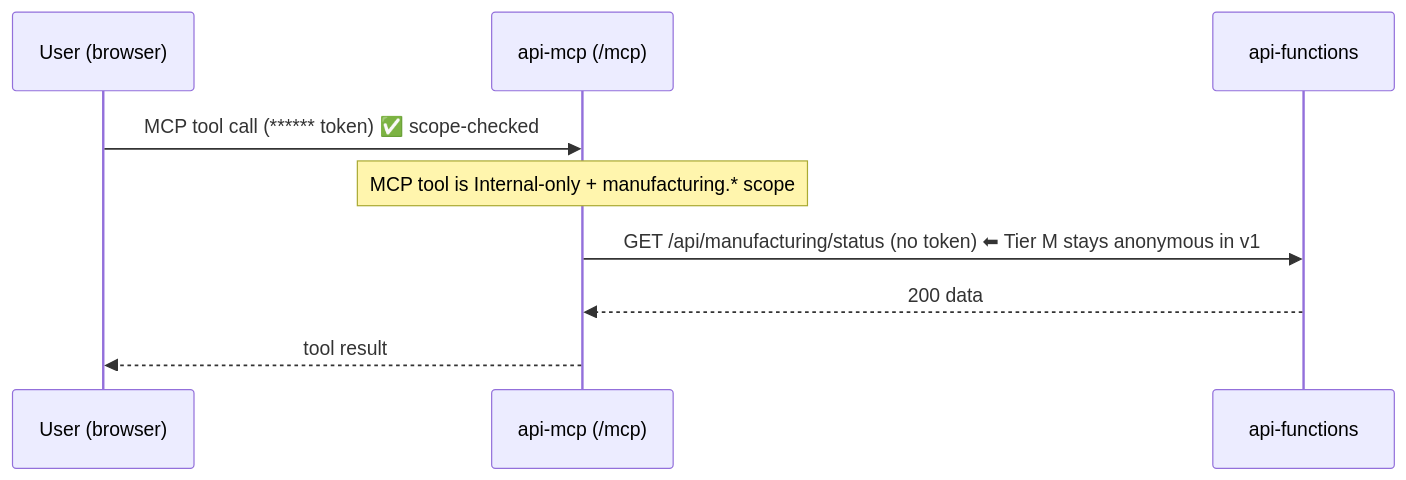
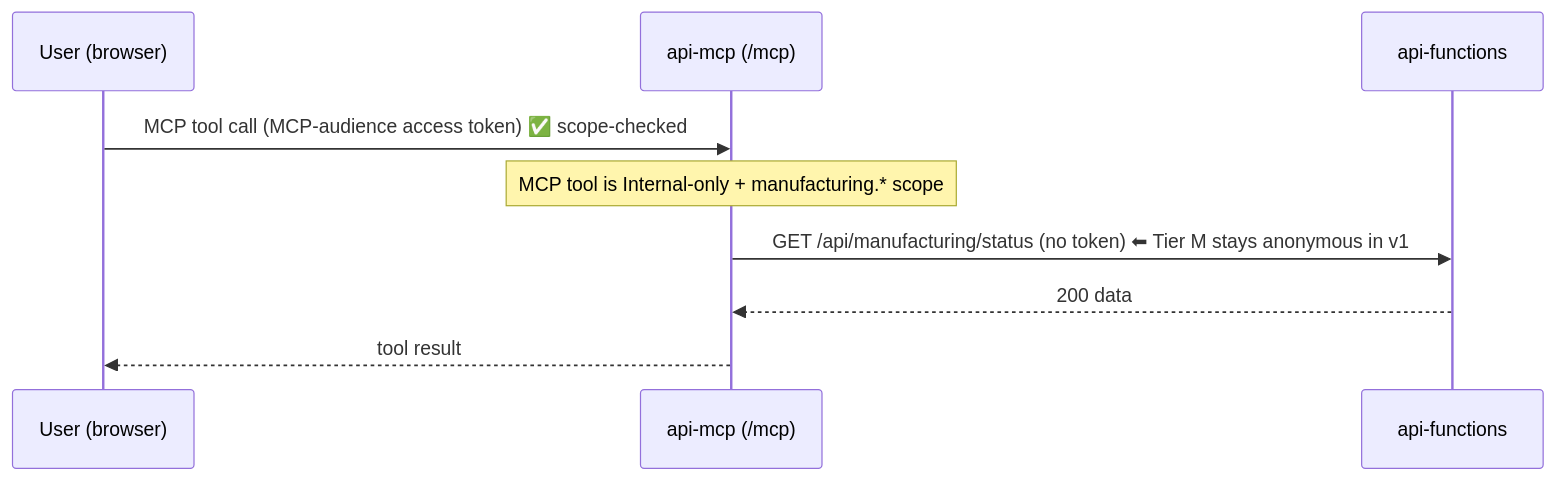
The second of 2 diagrams in docs/features/functions-oauth/README.md (ahems/AdventureWorks), drawn with Mermaid before and after one commit. The commit also changed 3 other files, not shown here.

Commit message:
fix(app): restore ****** in DAB graphql clients; add swa build smoke check

````diff
--- a/docs/features/functions-oauth/README.md
+++ b/docs/features/functions-oauth/README.md
@@ -125,11 +125,11 @@
 ```mermaid
 sequenceDiagram
   participant U as User (browser)
   participant M as api-mcp (/mcp)
   participant F as api-functions
-  U->>M: MCP tool call (****** token) ✅ scope-checked
+  U->>M: MCP tool call (MCP-audience access token) ✅ scope-checked
   Note over M: MCP tool is Internal-only + manufacturing.* scope
   M->>F: GET /api/manufacturing/status (no token) ⬅ Tier M stays anonymous in v1
   F-->>M: 200 data
   M-->>U: tool result
 ```
````
